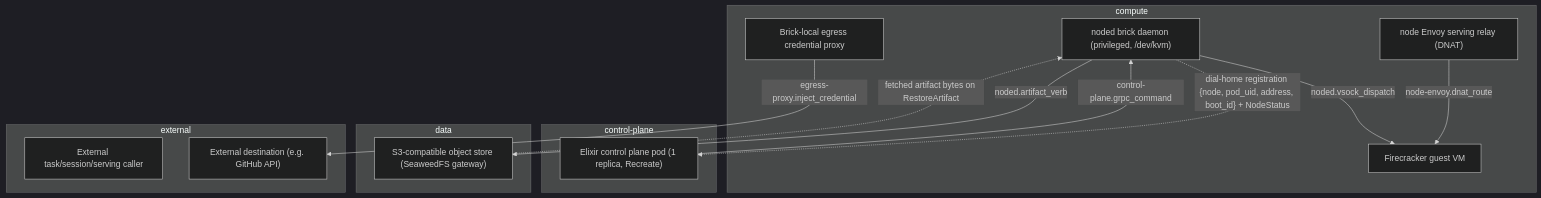
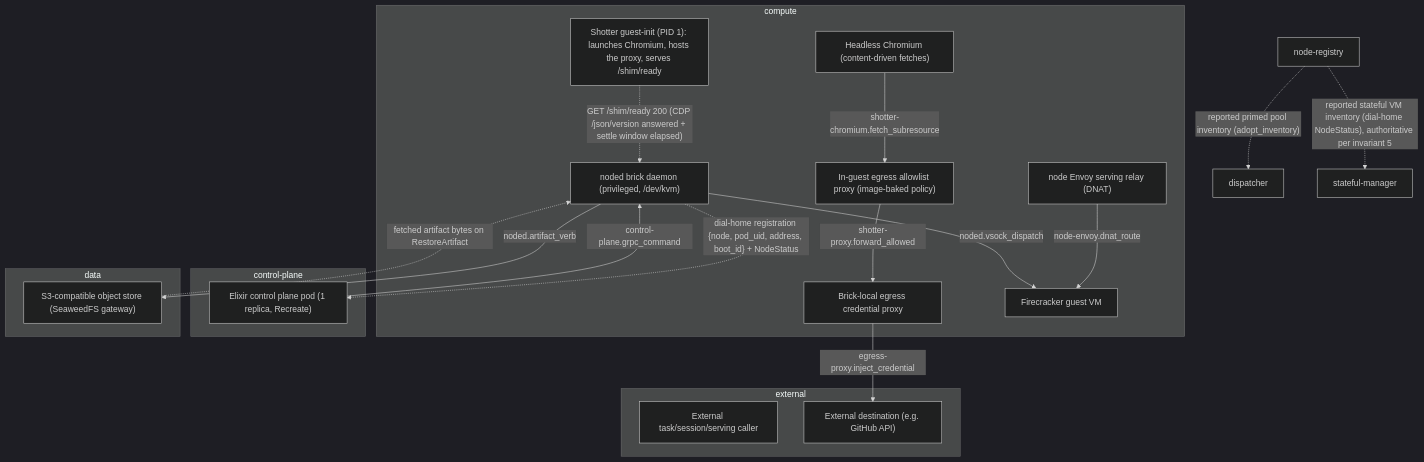
Before and after one commit to jomcgi-org/homelab: the second of 2 diagrams in projects/embervm/STPA.md, drawn with Mermaid (dark theme). The commit also changed other lines of this file, not shown here.

First line of the commit message:
docs(stpa): add shotter task-guest safety model for embervm

````diff
--- a/projects/embervm/STPA.md
+++ b/projects/embervm/STPA.md
@@ -51,26 +50,34 @@
 ```mermaid
 flowchart TD
   subgraph compute["compute"]
     egress-proxy["Brick-local egress credential proxy"]
     guest-vm["Firecracker guest VM"]
     node-envoy["node Envoy serving relay (DNAT)"]
     noded["noded brick daemon (privileged, /dev/kvm)"]
+    shotter-chromium["Headless Chromium (content-driven fetches)"]
+    shotter-guest-init["Shotter guest-init (PID 1): launches Chromium, hosts the proxy, serves /shim/ready"]
+    shotter-proxy["In-guest egress allowlist proxy (image-baked policy)"]
   end
   subgraph control_plane["control-plane"]
     control-plane["Elixir control plane pod (1 replica, Recreate)"]
   end
   subgraph data["data"]
     s3-store["S3-compatible object store (SeaweedFS gateway)"]
   end
   subgraph external["external"]
     caller["External task/session/serving caller"]
     external-host["External destination (e.g. GitHub API)"]
   end
   control-plane -- "control-plane.grpc_command" --> noded
   egress-proxy -- "egress-proxy.inject_credential" --> external-host
   node-envoy -- "node-envoy.dnat_route" --> guest-vm
   noded -- "noded.artifact_verb" --> s3-store
   noded -- "noded.vsock_dispatch" --> guest-vm
+  shotter-chromium -- "shotter-chromium.fetch_subresource" --> shotter-proxy
+  shotter-proxy -- "shotter-proxy.forward_allowed" --> egress-proxy
+  node-registry -. "reported primed pool inventory (adopt_inventory)" .-> dispatcher
+  node-registry -. "reported stateful VM inventory (dial-home NodeStatus), authoritative per invariant 5" .-> stateful-manager
   noded -. "dial-home registration {node, pod_uid, address, boot_id} + NodeStatus" .-> control-plane
   s3-store -. "fetched artifact bytes on RestoreArtifact" .-> noded
+  shotter-guest-init -. "GET /shim/ready 200 (CDP /json/version answered + settle window elapsed)" .-> noded
 ```
````
